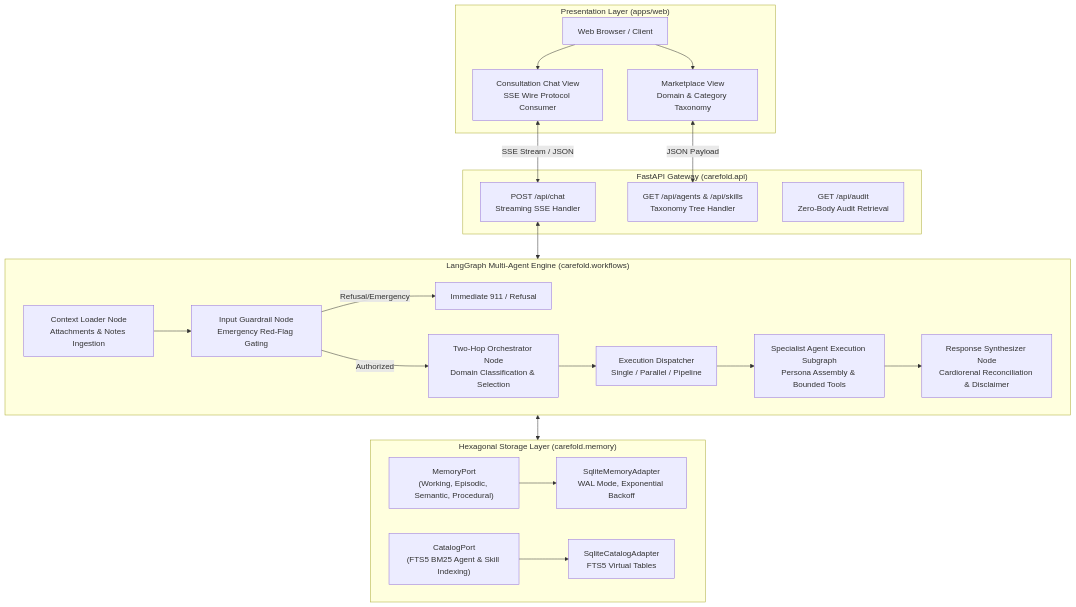
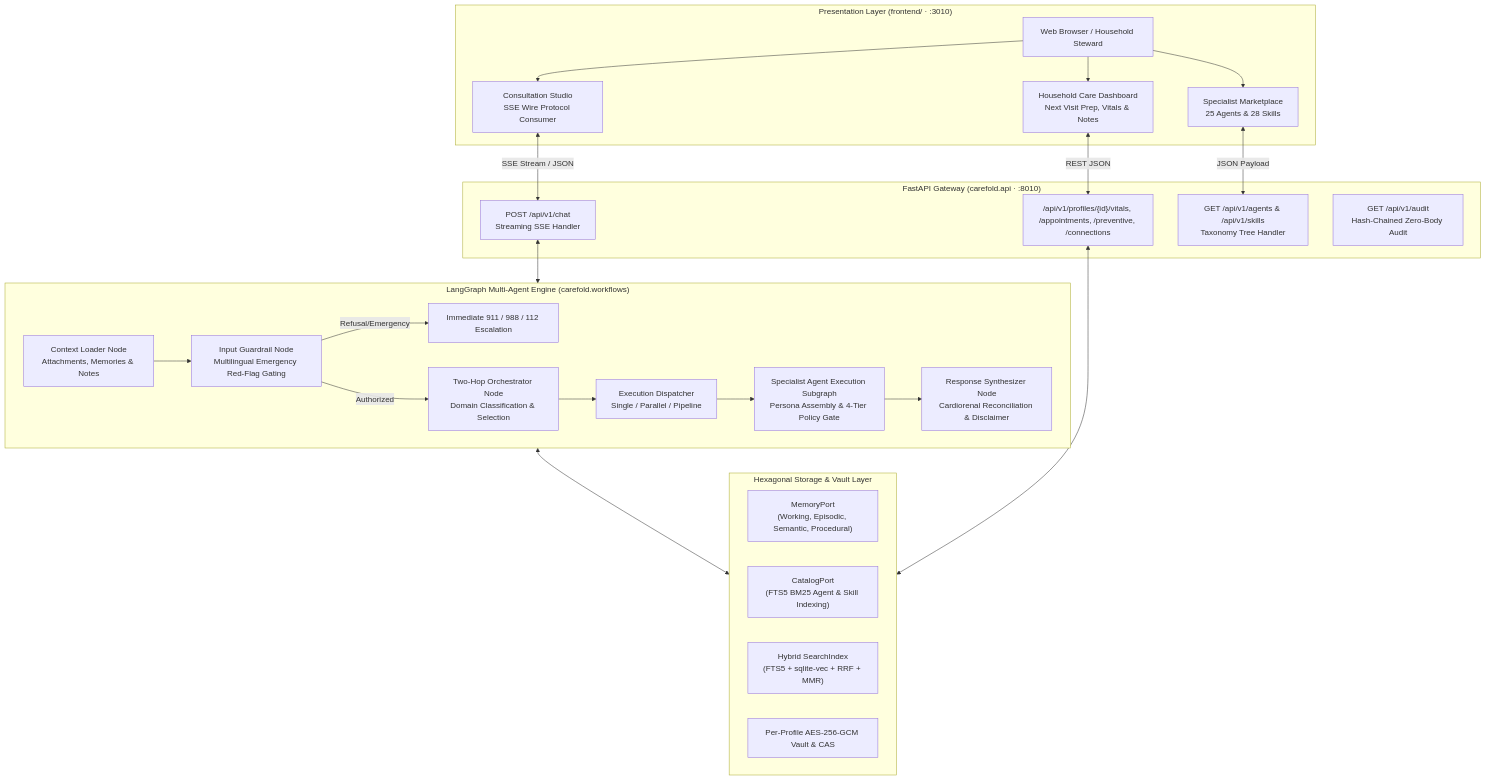
One commit to DeadlyTalha/carefold changed the diagram in docs/architecture/overview.md. Above: the diagram before and after it, drawn with Mermaid. The commit also changed other lines of this file and 24 other files, not shown here.

Commit message:
docs(ui): add product tour screenshots and sync architecture docs

````diff
--- a/docs/architecture/overview.md
+++ b/docs/architecture/overview.md
@@ -37,49 +49,51 @@
 ```mermaid
 flowchart TD
-    subgraph ClientLayer["Presentation Layer (apps/web)"]
-        Browser[Web Browser / Client]
-        Marketplace[Marketplace View<br/>Domain & Category Taxonomy]
-        ChatInterface[Consultation Chat View<br/>SSE Wire Protocol Consumer]
+    subgraph ClientLayer["Presentation Layer (frontend/ · :3010)"]
+        Browser[Web Browser / Household Steward]
+        Dashboard[Household Care Dashboard<br/>Next Visit Prep, Vitals & Notes]
+        Marketplace[Specialist Marketplace<br/>25 Agents & 28 Skills]
+        ChatInterface[Consultation Studio<br/>SSE Wire Protocol Consumer]
+        Browser --> Dashboard
         Browser --> Marketplace
         Browser --> ChatInterface
     end
 
-    subgraph APILayer["FastAPI Gateway (carefold.api)"]
-        ChatEndpoint["POST /api/chat<br/>Streaming SSE Handler"]
-        CatalogEndpoints["GET /api/agents & /api/skills<br/>Taxonomy Tree Handler"]
-        AuditEndpoint["GET /api/audit<br/>Zero-Body Audit Retrieval"]
+    subgraph APILayer["FastAPI Gateway (carefold.api · :8010)"]
+        ChatEndpoint["POST /api/v1/chat<br/>Streaming SSE Handler"]
+        ClinicalEndpoints["/api/v1/profiles/{id}/vitals, /appointments, /preventive, /connections"]
+        CatalogEndpoints["GET /api/v1/agents & /api/v1/skills<br/>Taxonomy Tree Handler"]
+        AuditEndpoint["GET /api/v1/audit<br/>Hash-Chained Zero-Body Audit"]
     end
 
     ChatInterface <-->|SSE Stream / JSON| ChatEndpoint
+    Dashboard <-->|REST JSON| ClinicalEndpoints
     Marketplace <-->|JSON Payload| CatalogEndpoints
 
     subgraph WorkflowEngine["LangGraph Multi-Agent Engine (carefold.workflows)"]
-        ContextNode[Context Loader Node<br/>Attachments & Notes Ingestion]
-        GateNode[Input Guardrail Node<br/>Emergency Red-Flag Gating]
+        ContextNode[Context Loader Node<br/>Attachments, Memories & Notes]
+        GateNode[Input Guardrail Node<br/>Multilingual Emergency Red-Flag Gating]
         OrchestratorNode[Two-Hop Orchestrator Node<br/>Domain Classification & Selection]
         DispatchNode[Execution Dispatcher<br/>Single / Parallel / Pipeline]
-        SpecialistSubgraph[Specialist Agent Execution Subgraph<br/>Persona Assembly & Bounded Tools]
+        SpecialistSubgraph[Specialist Agent Execution Subgraph<br/>Persona Assembly & 4-Tier Policy Gate]
         SynthesizerNode[Response Synthesizer Node<br/>Cardiorenal Reconciliation & Disclaimer]
         
         ContextNode --> GateNode
-        GateNode -->|Refusal/Emergency| SafeExit[Immediate 911 / Refusal]
+        GateNode -->|Refusal/Emergency| SafeExit[Immediate 911 / 988 / 112 Escalation]
         GateNode -->|Authorized| OrchestratorNode
         OrchestratorNode --> DispatchNode
         DispatchNode --> SpecialistSubgraph
         SpecialistSubgraph --> SynthesizerNode
     end
 
     ChatEndpoint <--> WorkflowEngine
 
-    subgraph PersistenceLayer["Hexagonal Storage Layer (carefold.memory)"]
+    subgraph PersistenceLayer["Hexagonal Storage & Vault Layer"]
         MemoryPort["MemoryPort<br/>(Working, Episodic, Semantic, Procedural)"]
         CatalogPort["CatalogPort<br/>(FTS5 BM25 Agent & Skill Indexing)"]
-        SqliteMem[SqliteMemoryAdapter<br/>WAL Mode, Exponential Backoff]
-        SqliteCat[SqliteCatalogAdapter<br/>FTS5 Virtual Tables]
-        
-        MemoryPort --> SqliteMem
-        CatalogPort --> SqliteCat
+        HybridSearch["Hybrid SearchIndex<br/>(FTS5 + sqlite-vec + RRF + MMR)"]
+        VaultCAS["Per-Profile AES-256-GCM Vault & CAS"]
     end
 
     WorkflowEngine <--> PersistenceLayer
+    ClinicalEndpoints <--> PersistenceLayer
 ```
````
